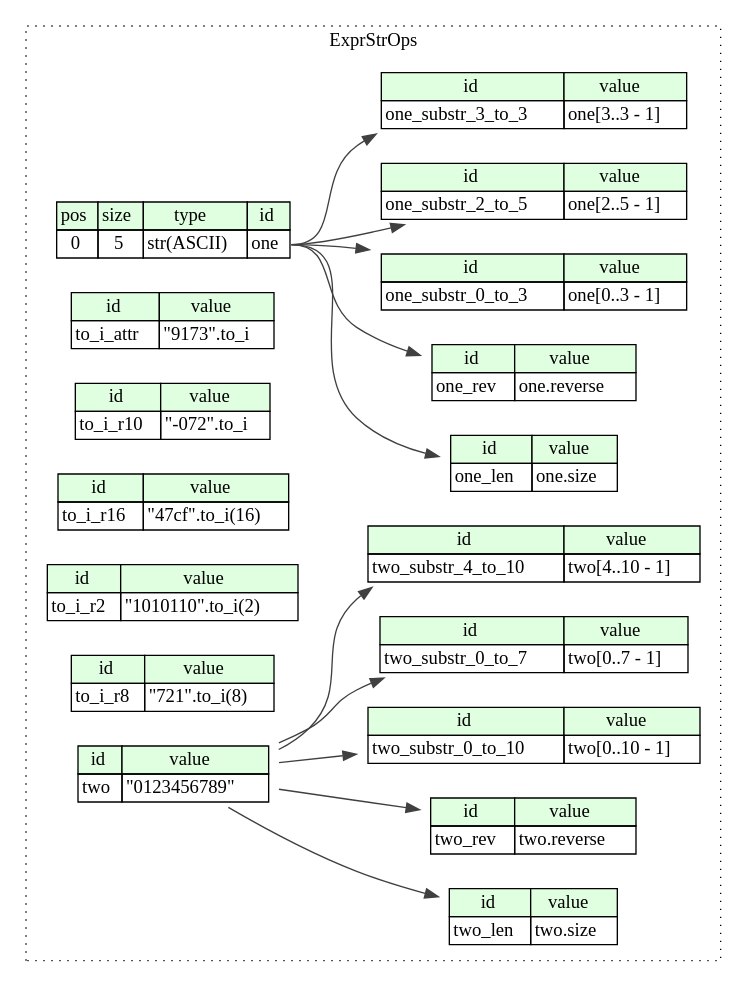
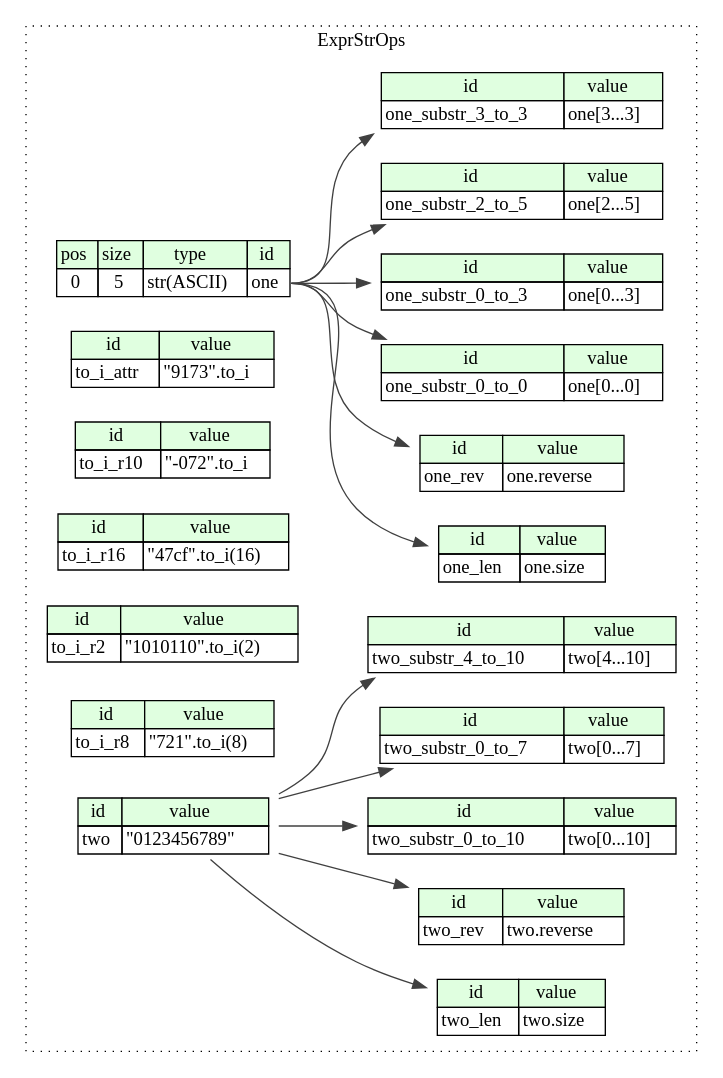
The diagram in compiled/graphviz/expr_str_ops.dot (kaitai-io/ci_targets), drawn with Graphviz before and after one commit. The commit also changed 504 other files, not shown here.

```diff
--- a/compiled/graphviz/expr_str_ops.dot
+++ b/compiled/graphviz/expr_str_ops.dot
@@ -1,87 +1,92 @@
 digraph {
 	rankdir=LR;
 	node [shape=plaintext];
 	subgraph cluster__expr_str_ops {
 		label="ExprStrOps";
 		graph[style=dotted];
 
 		expr_str_ops__seq [label=<<TABLE BORDER="0" CELLBORDER="1" CELLSPACING="0">
 			<TR><TD BGCOLOR="#E0FFE0">pos</TD><TD BGCOLOR="#E0FFE0">size</TD><TD BGCOLOR="#E0FFE0">type</TD><TD BGCOLOR="#E0FFE0">id</TD></TR>
 			<TR><TD PORT="one_pos">0</TD><TD PORT="one_size">5</TD><TD>str(ASCII)</TD><TD PORT="one_type">one</TD></TR>
 		</TABLE>>];
 		expr_str_ops__inst__one_len [label=<<TABLE BORDER="0" CELLBORDER="1" CELLSPACING="0">
 			<TR><TD BGCOLOR="#E0FFE0">id</TD><TD BGCOLOR="#E0FFE0">value</TD></TR>
 			<TR><TD>one_len</TD><TD>one.size</TD></TR>
 		</TABLE>>];
 		expr_str_ops__inst__one_rev [label=<<TABLE BORDER="0" CELLBORDER="1" CELLSPACING="0">
 			<TR><TD BGCOLOR="#E0FFE0">id</TD><TD BGCOLOR="#E0FFE0">value</TD></TR>
 			<TR><TD>one_rev</TD><TD>one.reverse</TD></TR>
 		</TABLE>>];
+		expr_str_ops__inst__one_substr_0_to_0 [label=<<TABLE BORDER="0" CELLBORDER="1" CELLSPACING="0">
+			<TR><TD BGCOLOR="#E0FFE0">id</TD><TD BGCOLOR="#E0FFE0">value</TD></TR>
+			<TR><TD>one_substr_0_to_0</TD><TD>one[0...0]</TD></TR>
+		</TABLE>>];
 		expr_str_ops__inst__one_substr_0_to_3 [label=<<TABLE BORDER="0" CELLBORDER="1" CELLSPACING="0">
 			<TR><TD BGCOLOR="#E0FFE0">id</TD><TD BGCOLOR="#E0FFE0">value</TD></TR>
-			<TR><TD>one_substr_0_to_3</TD><TD>one[0..3 - 1]</TD></TR>
+			<TR><TD>one_substr_0_to_3</TD><TD>one[0...3]</TD></TR>
 		</TABLE>>];
 		expr_str_ops__inst__one_substr_2_to_5 [label=<<TABLE BORDER="0" CELLBORDER="1" CELLSPACING="0">
 			<TR><TD BGCOLOR="#E0FFE0">id</TD><TD BGCOLOR="#E0FFE0">value</TD></TR>
-			<TR><TD>one_substr_2_to_5</TD><TD>one[2..5 - 1]</TD></TR>
+			<TR><TD>one_substr_2_to_5</TD><TD>one[2...5]</TD></TR>
 		</TABLE>>];
 		expr_str_ops__inst__one_substr_3_to_3 [label=<<TABLE BORDER="0" CELLBORDER="1" CELLSPACING="0">
 			<TR><TD BGCOLOR="#E0FFE0">id</TD><TD BGCOLOR="#E0FFE0">value</TD></TR>
-			<TR><TD>one_substr_3_to_3</TD><TD>one[3..3 - 1]</TD></TR>
+			<TR><TD>one_substr_3_to_3</TD><TD>one[3...3]</TD></TR>
 		</TABLE>>];
 		expr_str_ops__inst__to_i_attr [label=<<TABLE BORDER="0" CELLBORDER="1" CELLSPACING="0">
 			<TR><TD BGCOLOR="#E0FFE0">id</TD><TD BGCOLOR="#E0FFE0">value</TD></TR>
 			<TR><TD>to_i_attr</TD><TD>&quot;9173&quot;.to_i</TD></TR>
 		</TABLE>>];
 		expr_str_ops__inst__to_i_r10 [label=<<TABLE BORDER="0" CELLBORDER="1" CELLSPACING="0">
 			<TR><TD BGCOLOR="#E0FFE0">id</TD><TD BGCOLOR="#E0FFE0">value</TD></TR>
 			<TR><TD>to_i_r10</TD><TD>&quot;-072&quot;.to_i</TD></TR>
 		</TABLE>>];
 		expr_str_ops__inst__to_i_r16 [label=<<TABLE BORDER="0" CELLBORDER="1" CELLSPACING="0">
 			<TR><TD BGCOLOR="#E0FFE0">id</TD><TD BGCOLOR="#E0FFE0">value</TD></TR>
 			<TR><TD>to_i_r16</TD><TD>&quot;47cf&quot;.to_i(16)</TD></TR>
 		</TABLE>>];
 		expr_str_ops__inst__to_i_r2 [label=<<TABLE BORDER="0" CELLBORDER="1" CELLSPACING="0">
 			<TR><TD BGCOLOR="#E0FFE0">id</TD><TD BGCOLOR="#E0FFE0">value</TD></TR>
 			<TR><TD>to_i_r2</TD><TD>&quot;1010110&quot;.to_i(2)</TD></TR>
 		</TABLE>>];
 		expr_str_ops__inst__to_i_r8 [label=<<TABLE BORDER="0" CELLBORDER="1" CELLSPACING="0">
 			<TR><TD BGCOLOR="#E0FFE0">id</TD><TD BGCOLOR="#E0FFE0">value</TD></TR>
 			<TR><TD>to_i_r8</TD><TD>&quot;721&quot;.to_i(8)</TD></TR>
 		</TABLE>>];
 		expr_str_ops__inst__two [label=<<TABLE BORDER="0" CELLBORDER="1" CELLSPACING="0">
 			<TR><TD BGCOLOR="#E0FFE0">id</TD><TD BGCOLOR="#E0FFE0">value</TD></TR>
 			<TR><TD>two</TD><TD>&quot;0123456789&quot;</TD></TR>
 		</TABLE>>];
 		expr_str_ops__inst__two_len [label=<<TABLE BORDER="0" CELLBORDER="1" CELLSPACING="0">
 			<TR><TD BGCOLOR="#E0FFE0">id</TD><TD BGCOLOR="#E0FFE0">value</TD></TR>
 			<TR><TD>two_len</TD><TD>two.size</TD></TR>
 		</TABLE>>];
 		expr_str_ops__inst__two_rev [label=<<TABLE BORDER="0" CELLBORDER="1" CELLSPACING="0">
 			<TR><TD BGCOLOR="#E0FFE0">id</TD><TD BGCOLOR="#E0FFE0">value</TD></TR>
 			<TR><TD>two_rev</TD><TD>two.reverse</TD></TR>
 		</TABLE>>];
 		expr_str_ops__inst__two_substr_0_to_10 [label=<<TABLE BORDER="0" CELLBORDER="1" CELLSPACING="0">
 			<TR><TD BGCOLOR="#E0FFE0">id</TD><TD BGCOLOR="#E0FFE0">value</TD></TR>
-			<TR><TD>two_substr_0_to_10</TD><TD>two[0..10 - 1]</TD></TR>
+			<TR><TD>two_substr_0_to_10</TD><TD>two[0...10]</TD></TR>
 		</TABLE>>];
 		expr_str_ops__inst__two_substr_0_to_7 [label=<<TABLE BORDER="0" CELLBORDER="1" CELLSPACING="0">
 			<TR><TD BGCOLOR="#E0FFE0">id</TD><TD BGCOLOR="#E0FFE0">value</TD></TR>
-			<TR><TD>two_substr_0_to_7</TD><TD>two[0..7 - 1]</TD></TR>
+			<TR><TD>two_substr_0_to_7</TD><TD>two[0...7]</TD></TR>
 		</TABLE>>];
 		expr_str_ops__inst__two_substr_4_to_10 [label=<<TABLE BORDER="0" CELLBORDER="1" CELLSPACING="0">
 			<TR><TD BGCOLOR="#E0FFE0">id</TD><TD BGCOLOR="#E0FFE0">value</TD></TR>
-			<TR><TD>two_substr_4_to_10</TD><TD>two[4..10 - 1]</TD></TR>
+			<TR><TD>two_substr_4_to_10</TD><TD>two[4...10]</TD></TR>
 		</TABLE>>];
 	}
 	expr_str_ops__seq:one_type -> expr_str_ops__inst__one_len [color="#404040"];
 	expr_str_ops__seq:one_type -> expr_str_ops__inst__one_rev [color="#404040"];
+	expr_str_ops__seq:one_type -> expr_str_ops__inst__one_substr_0_to_0 [color="#404040"];
 	expr_str_ops__seq:one_type -> expr_str_ops__inst__one_substr_0_to_3 [color="#404040"];
 	expr_str_ops__seq:one_type -> expr_str_ops__inst__one_substr_2_to_5 [color="#404040"];
 	expr_str_ops__seq:one_type -> expr_str_ops__inst__one_substr_3_to_3 [color="#404040"];
 	expr_str_ops__inst__two:two_type -> expr_str_ops__inst__two_len [color="#404040"];
 	expr_str_ops__inst__two:two_type -> expr_str_ops__inst__two_rev [color="#404040"];
 	expr_str_ops__inst__two:two_type -> expr_str_ops__inst__two_substr_0_to_10 [color="#404040"];
 	expr_str_ops__inst__two:two_type -> expr_str_ops__inst__two_substr_0_to_7 [color="#404040"];
 	expr_str_ops__inst__two:two_type -> expr_str_ops__inst__two_substr_4_to_10 [color="#404040"];
 }
```
